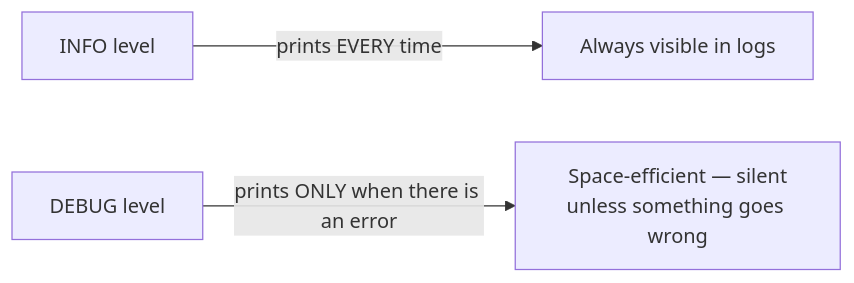
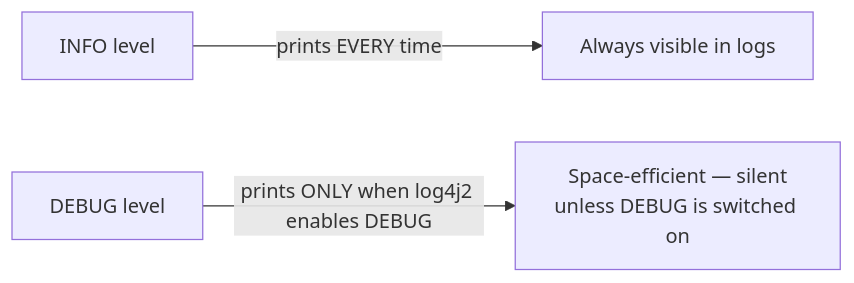
Before and after one commit to developerashok99/green-c-mule-notes: the sixth of 12 diagrams in detailed-notes/day28.md, drawn with Mermaid. The commit also changed other lines of this file and 1 other file, not shown here.

````diff
--- a/detailed-notes/day28.md
+++ b/detailed-notes/day28.md
@@ -87,5 +92,5 @@
 ```mermaid
 flowchart LR
     Info["INFO level"] -->|"prints EVERY time"| Always["Always visible in logs"]
-    Debug["DEBUG level"] -->|"prints ONLY when there is an error"| Rare["Space-efficient — silent<br/>unless something goes wrong"]
+    Debug["DEBUG level"] -->|"prints ONLY when log4j2 enables DEBUG"| Rare["Space-efficient — silent<br/>unless DEBUG is switched on"]
 ```
````
